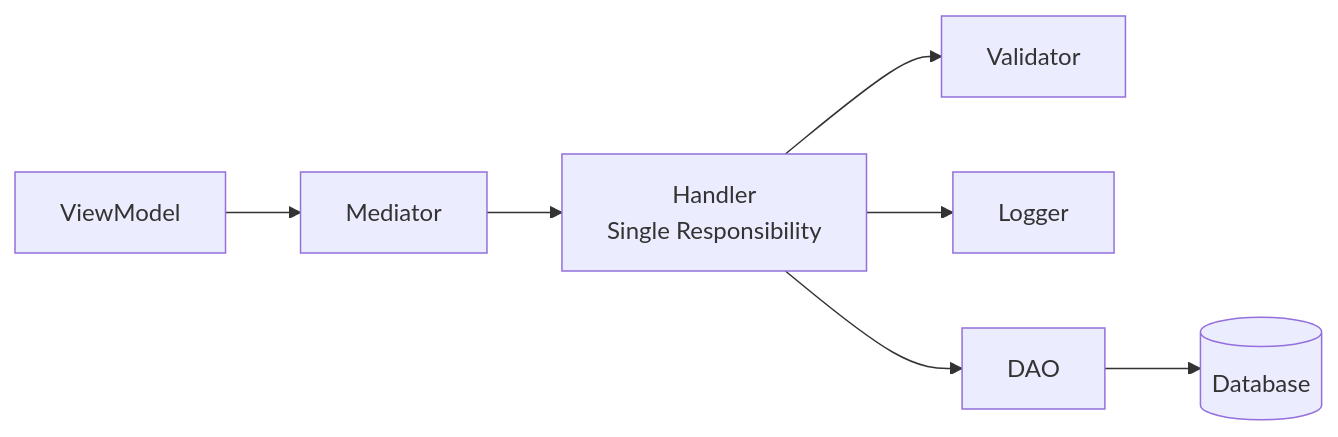
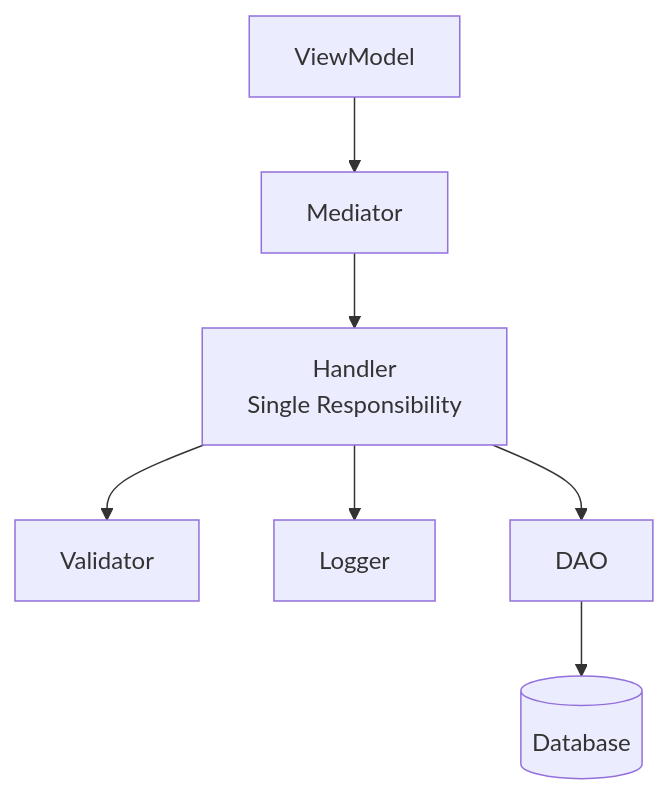
The third of 3 diagrams in Module_Receiving/Preparation/MASTER_PROMPT_PRINT.md (JDKoll1982/MTM_Receiving_Application), drawn with Mermaid before and after one commit. The commit also changed other lines of this file and 1 other file, not shown here.

Commit message:
feat: Improve print styles for Mermaid diagrams in implementation and enhancement guides

````diff
--- a/Module_Receiving/Preparation/MASTER_PROMPT_PRINT.md
+++ b/Module_Receiving/Preparation/MASTER_PROMPT_PRINT.md
@@ -129,9 +143,9 @@
 ```mermaid
-flowchart LR
+flowchart TD
     ViewModel[ViewModel] --> Mediator[Mediator]
     Mediator --> Handler[Handler<br/>Single Responsibility]
     Handler --> Validator[Validator]
     Handler --> Logger[Logger]
     Handler --> DAO[DAO]
     DAO --> DB[(Database)]
 ```
````
